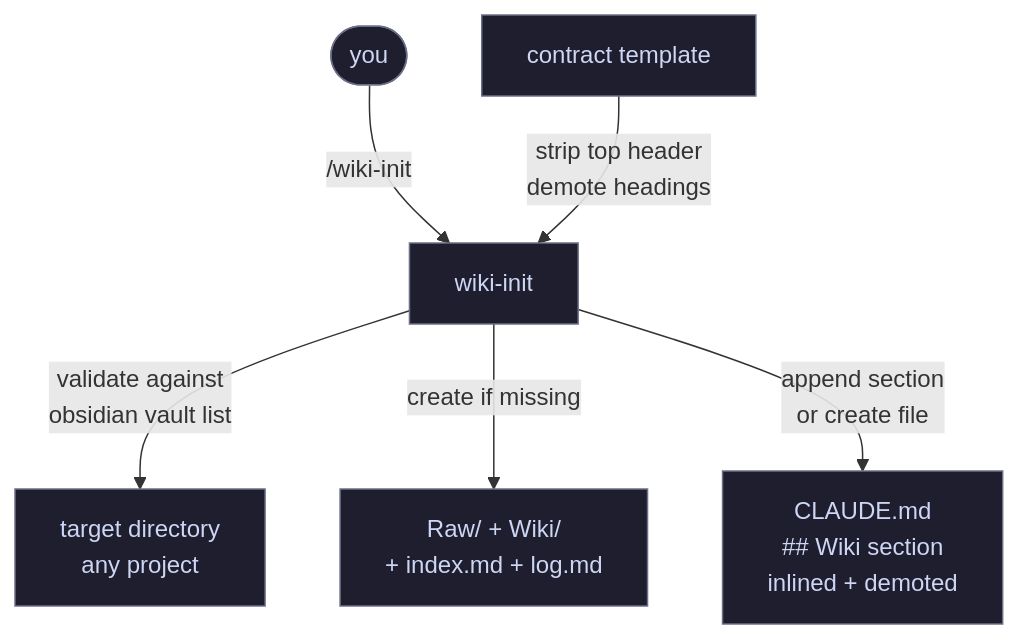
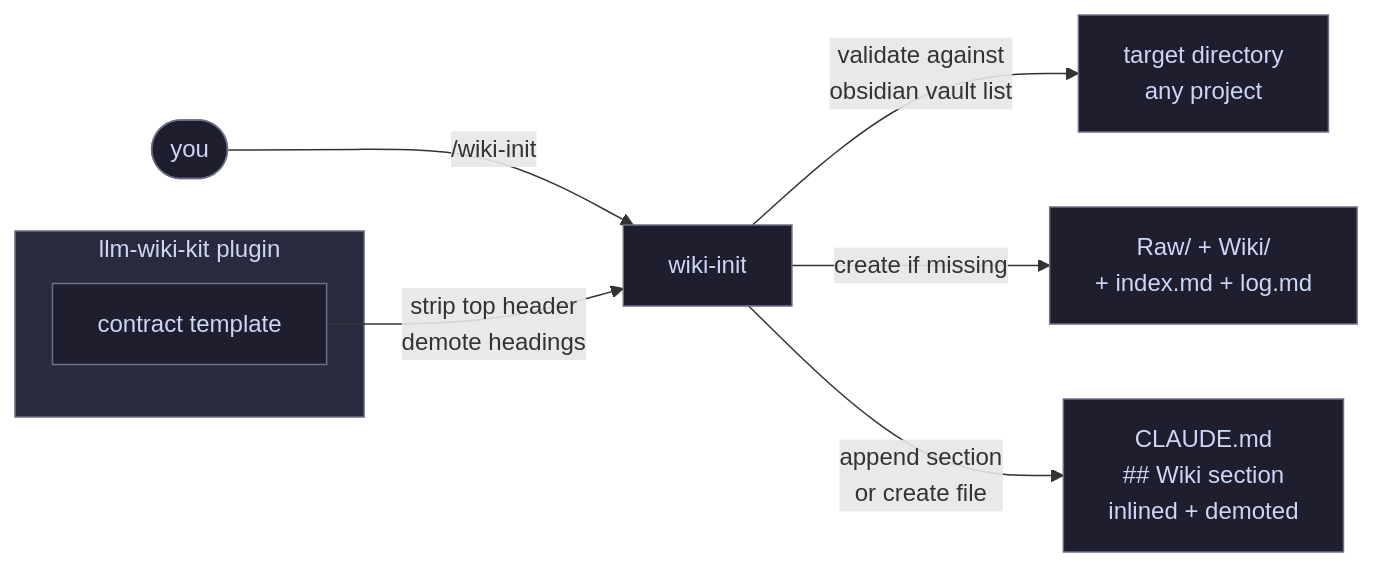
One commit to SantiagoBobrik/llm-wiki-kit changed the first of 5 diagrams in README.md. Above: the diagram before and after it, drawn with Mermaid.

Commit message:
Rework init diagram layout

````diff
--- a/README.md
+++ b/README.md
@@ -139,17 +139,21 @@
 ```mermaid
-flowchart TD
+flowchart LR
+    subgraph plugin[llm-wiki-kit plugin]
+        asset[contract template]:::dark
+    end
+
     user([you]):::dark
     init[wiki-init]:::dark
     target[target directory<br/>any project]:::dark
     structure[Raw/ + Wiki/<br/>+ index.md + log.md]:::dark
-    asset[contract template]:::dark
     claudemd[CLAUDE.md<br/>## Wiki section<br/>inlined + demoted]:::dark
 
     user -->|/wiki-init| init
+    asset -->|strip top header<br/>demote headings| init
     init -->|validate against<br/>obsidian vault list| target
     init -->|create if missing| structure
-    asset -->|strip top header<br/>demote headings| init
     init -->|append section<br/>or create file| claudemd
 
     classDef dark fill:#1e1e2e,stroke:#6c7086,color:#cdd6f4
+    style plugin fill:#2a2a3e,stroke:#6c7086,color:#cdd6f4
 ```
````
